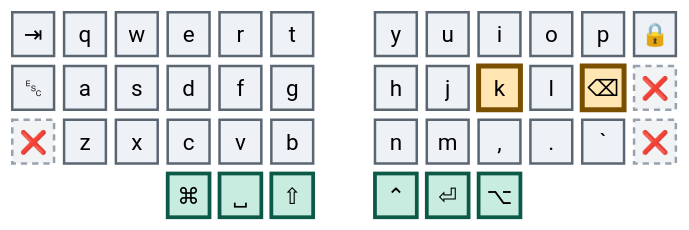
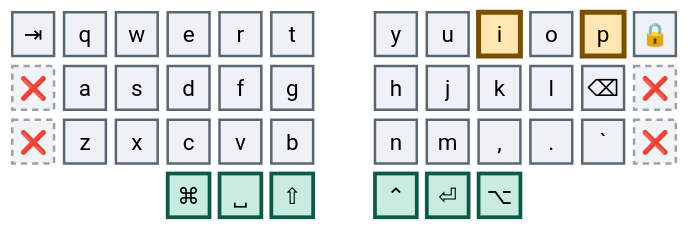
Before and after one commit to abloch/zmk-corne: diagram 14 of 41 in combos.md, drawn with Mermaid. The commit also changed other lines of this file and 5 other files, not shown here.

````diff
--- a/combos.md
+++ b/combos.md
@@ -371,21 +373,21 @@
 ```mermaid
 %%{init: {'theme':'base','themeVariables':{'primaryColor':'#eef1f5','primaryTextColor':'#0b0f14','primaryBorderColor':'#5b6673','nodeTextColor':'#0b0f14','textColor':'#0b0f14','mainBkg':'#eef1f5','fontSize':'18px'}}}%%
 block
 columns 13
 
   tab["⇥"] q w e r t space y u i o p lock["🔒"]
-  esc["␛"] a s d f g space h j k l bspc["⌫"] x1["❌"]
+  x4["❌"] a s d f g space h j k l bspc["⌫"] x1["❌"]
   x2["❌"] z x c v b space n m cma[","] dot["."] grv[" `"] x3["❌"]
   space:3 cmd["⌘"] spc["␣"] sft["⇧"] space ctl["⌃"] ent["⏎"] alt["⌥"] space:3
 
   classDef anchor fill:#bfe6f0,stroke:#0a4f63,stroke-width:4px,color:#04222b
   classDef trig fill:#ffe6b3,stroke:#7a5000,stroke-width:4px,color:#2e1e00
   classDef core fill:#eef1f5,stroke:#5b6673,stroke-width:2px,color:#0b0f14
   classDef thumb fill:#c8ece0,stroke:#0b5946,stroke-width:3px,color:#06241c
   classDef dead fill:#f2f3f5,stroke:#98a2ae,stroke-width:2px,stroke-dasharray:5 4,color:#5b6673
 
-  class k,bspc trig
-  class tab,q,w,e,r,t,y,u,i,o,p,lock,esc,a,s,d,f,g,h,j,l,z,x,c,v,b,n,m,cma,dot,grv core
+  class i,p trig
+  class tab,q,w,e,r,t,y,u,o,lock,a,s,d,f,g,h,j,k,l,bspc,z,x,c,v,b,n,m,cma,dot,grv core
   class cmd,spc,sft,ctl,ent,alt thumb
-  class x1,x2,x3 dead
+  class x1,x2,x3,x4 dead
 ```
````
